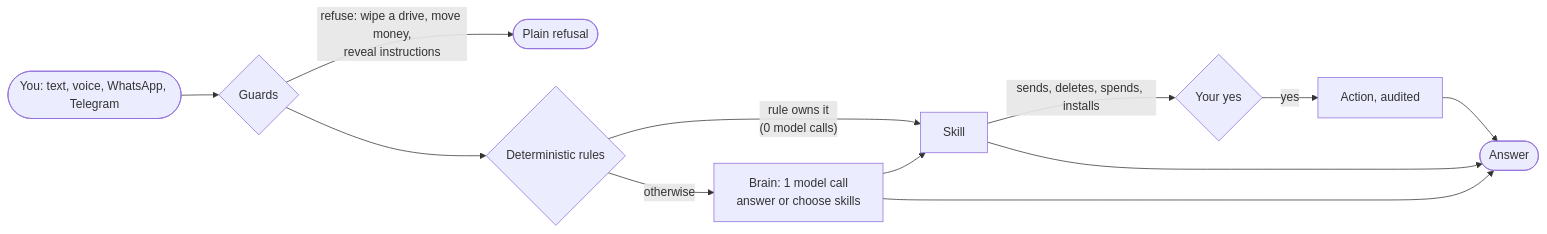
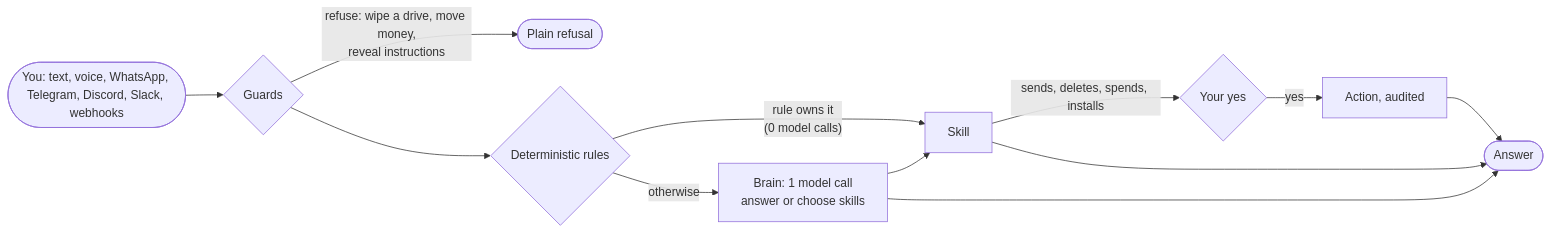
Before and after one commit to ishtiaq-ahmed-dev/ishti-ai: the diagram in README.md, drawn with Mermaid. The commit also changed other lines of this file and 34 other files, not shown here.

First line of the commit message:
feat: MCP client, live SKILL.md guides, Discord/Slack, webhooks, background tasks, Docker sandbox, chat search, parallel steps

````diff
--- a/README.md
+++ b/README.md
@@ -47,14 +60,14 @@
 ```mermaid
 flowchart LR
-    U([You: text, voice, WhatsApp, Telegram]) --> G{Guards}
+    U([You: text, voice, WhatsApp, Telegram, Discord, Slack, webhooks]) --> G{Guards}
     G -- "refuse: wipe a drive, move money,<br/>reveal instructions" --> R([Plain refusal])
     G --> D{Deterministic rules}
     D -- "rule owns it<br/>(0 model calls)" --> S[Skill]
     D -- otherwise --> B["Brain: 1 model call<br/>answer or choose skills"]
     B --> S
     B --> A([Answer])
     S -- "sends, deletes, spends, installs" --> Y{"Your yes"}
     Y -- yes --> X[Action, audited]
     S --> A
     X --> A
 ```
````
